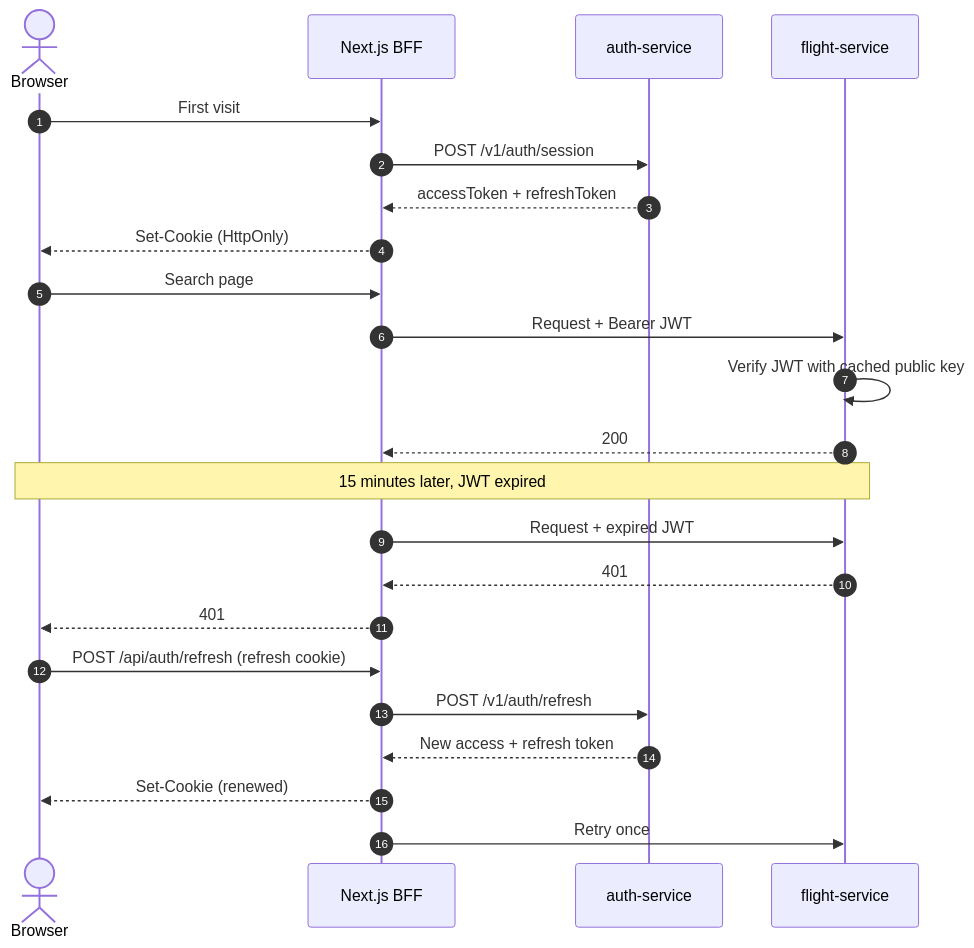
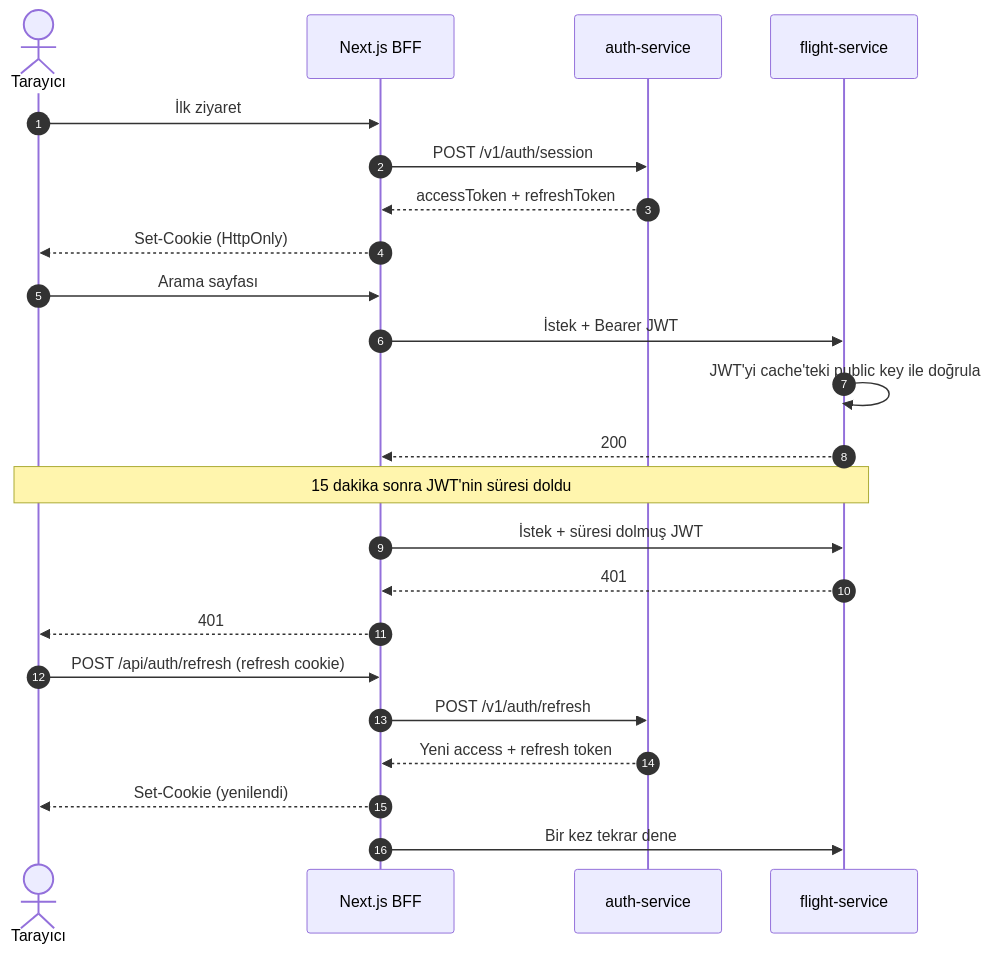
The second of 5 diagrams in README.md (orhanberamus1/gidiyorum), drawn with Mermaid before and after one commit. The commit also changed other lines of this file and 2 other files, not shown here.

````diff
--- a/README.md
+++ b/README.md
@@ -208,28 +210,28 @@
 ```mermaid
 sequenceDiagram
     autonumber
-    actor B as Browser
+    actor B as Tarayıcı
     participant N as Next.js BFF
     participant S as auth-service
     participant F as flight-service
 
-    B->>N: First visit
+    B->>N: İlk ziyaret
     N->>S: POST /v1/auth/session
     S-->>N: accessToken + refreshToken
     N-->>B: Set-Cookie (HttpOnly)
 
-    B->>N: Search page
-    N->>F: Request + Bearer JWT
-    F->>F: Verify JWT with cached public key
+    B->>N: Arama sayfası
+    N->>F: İstek + Bearer JWT
+    F->>F: JWT'yi cache'teki public key ile doğrula
     F-->>N: 200
 
-    Note over B,F: 15 minutes later, JWT expired
-    N->>F: Request + expired JWT
+    Note over B,F: 15 dakika sonra JWT'nin süresi doldu
+    N->>F: İstek + süresi dolmuş JWT
     F-->>N: 401
     N-->>B: 401
     B->>N: POST /api/auth/refresh (refresh cookie)
     N->>S: POST /v1/auth/refresh
-    S-->>N: New access + refresh token
-    N-->>B: Set-Cookie (renewed)
-    N->>F: Retry once
+    S-->>N: Yeni access + refresh token
+    N-->>B: Set-Cookie (yenilendi)
+    N->>F: Bir kez tekrar dene
 ```
````
